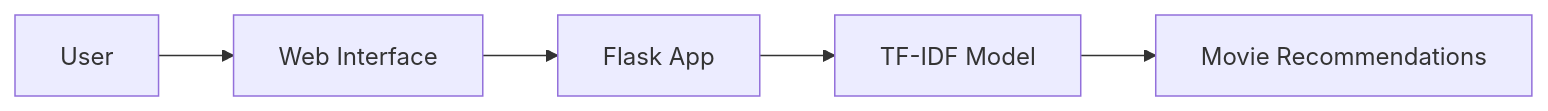
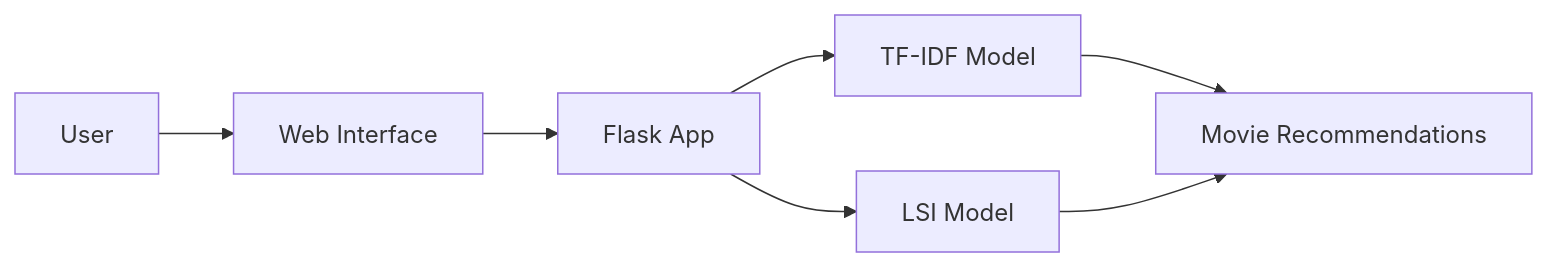
One commit to Jishu15/Movie-Recommendation-System changed the diagram in README.md. Above: the diagram before and after it, drawn with Mermaid. The commit also changed other lines of this file, not shown here.

````diff
--- a/README.md
+++ b/README.md
@@ -193,13 +134,9 @@
 ```mermaid
-
 graph LR
-
 A[User] --> B[Web Interface]
-
 B --> C[Flask App]
-
-C --> D[TF-IDF Model]
-
-D --> E[Movie Recommendations]
-
+C --> D1[TF-IDF Model]
+C --> D2[LSI Model]
+D1 --> E[Movie Recommendations]
+D2 --> E[Movie Recommendations]
 ```
````
